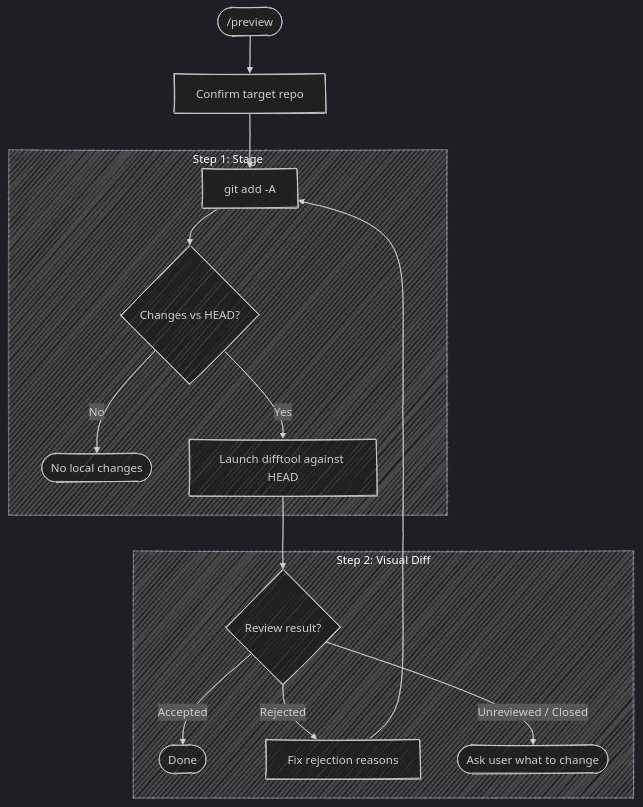
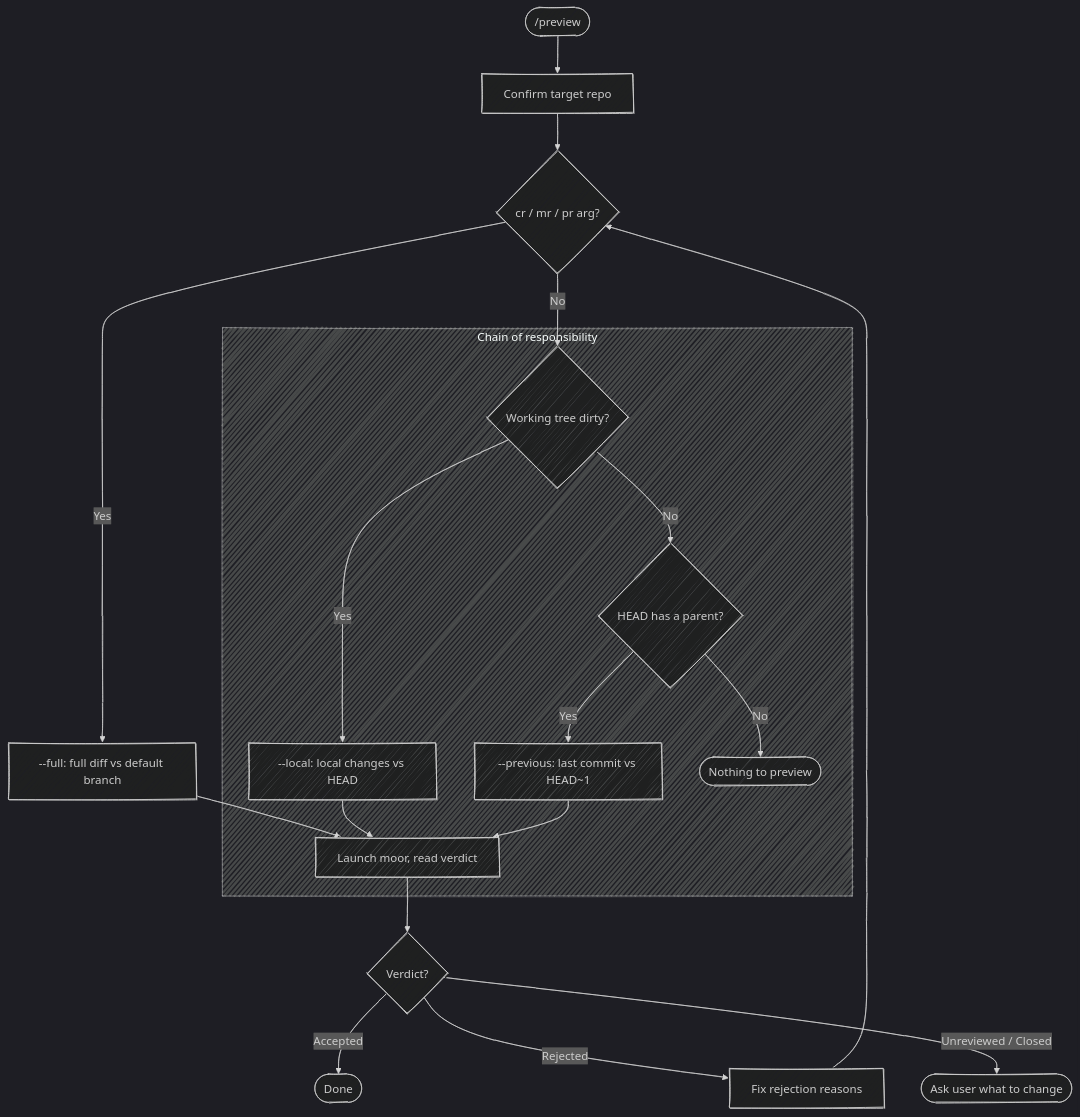
Before and after one commit to chris-peterson/anchor: the diagram in skills/preview/SKILL.md, drawn with Mermaid (dark theme). The commit also changed other lines of this file and 16 other files, not shown here.

````diff
--- a/skills/preview/SKILL.md
+++ b/skills/preview/SKILL.md
@@ -12,18 +20,19 @@
 ```mermaid
 %%{ init: { 'look': 'handDrawn' } }%%
 flowchart TD
-    Start(["/preview"]) --> Repo["Confirm target repo"] --> Stage
+    Start(["/preview"]) --> Repo["Confirm target repo"] --> Mode{cr / mr / pr arg?}
+    Mode -->|Yes| Branch["--full: full diff vs default branch"] --> DiffTool
+    Mode -->|No| Dirty{Working tree dirty?}
 
-    subgraph "Step 1: Stage"
-        Stage["git add -A"] --> Staged{Changes vs HEAD?}
-        Staged -->|No| Stop([No local changes])
-        Staged -->|Yes| DiffTool
+    subgraph "Chain of responsibility"
+        Dirty -->|Yes| Local["--local: local changes vs HEAD"] --> DiffTool
+        Dirty -->|No| HasParent{HEAD has a parent?}
+        HasParent -->|Yes| Previous["--previous: last commit vs HEAD~1"] --> DiffTool
+        HasParent -->|No| Empty([Nothing to preview])
     end
 
-    subgraph "Step 2: Visual Diff"
-        DiffTool["Launch difftool against HEAD"] --> Review{Review result?}
-        Review -->|Accepted| Done([Done])
-        Review -->|Rejected| Fix["Fix rejection reasons"] --> Stage
-        Review -->|Unreviewed / Closed| Ask([Ask user what to change])
-    end
+    DiffTool["Launch moor, read verdict"] --> Review{Verdict?}
+    Review -->|Accepted| Done([Done])
+    Review -->|Rejected| Fix["Fix rejection reasons"] --> Mode
+    Review -->|Unreviewed / Closed| Ask([Ask user what to change])
 ```
````
